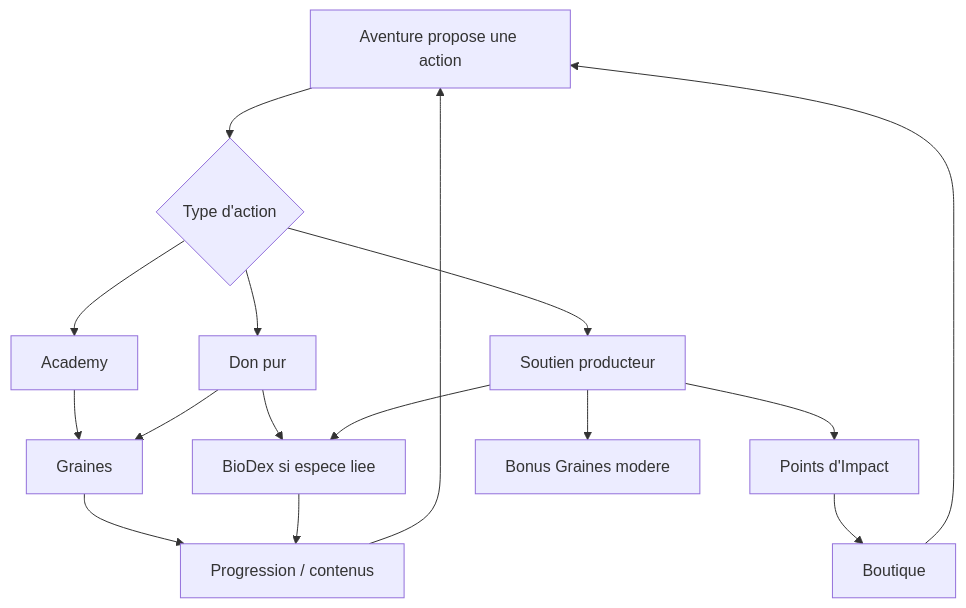
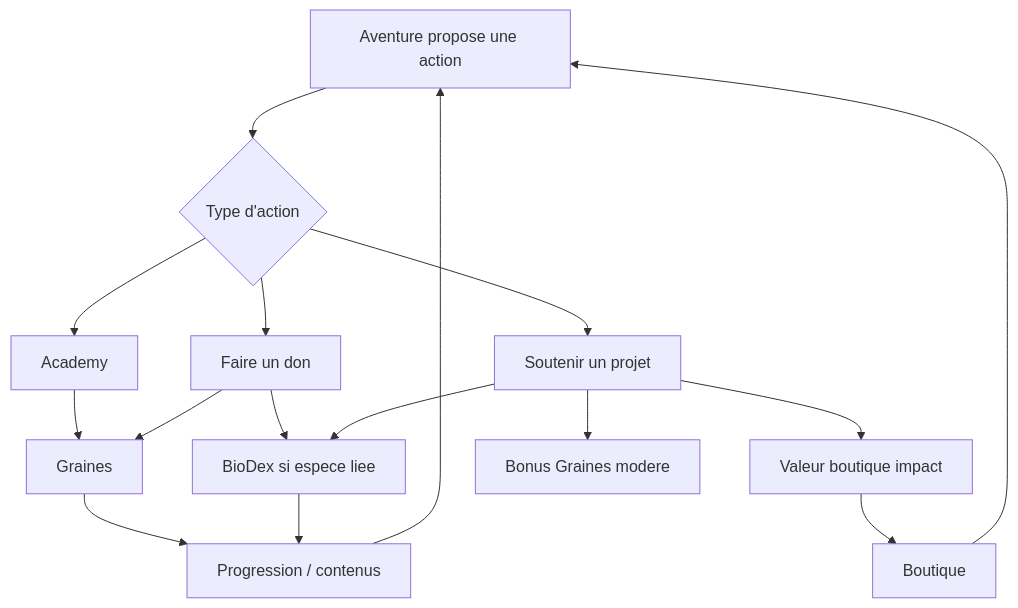
The diagram in apps/web-client/doc/06-GAMIFICATION-ECONOMIE.md (krynskibartosz/make-the-change), drawn with Mermaid before and after one commit. The commit also changed other lines of this file and 8 other files, not shown here.

````diff
--- a/apps/web-client/doc/06-GAMIFICATION-ECONOMIE.md
+++ b/apps/web-client/doc/06-GAMIFICATION-ECONOMIE.md
@@ -214,18 +221,18 @@
 ```mermaid
 flowchart TD
   A["Aventure propose une action"] --> B{"Type d'action"}
   B --> C["Academy"]
-  B --> D["Don pur"]
-  B --> E["Soutien producteur"]
+  B --> D["Faire un don"]
+  B --> E["Soutenir un projet"]
   C --> F["Graines"]
   D --> F
   D --> G["BioDex si espece liee"]
-  E --> H["Points d'Impact"]
+  E --> H["Valeur boutique impact"]
   E --> I["Bonus Graines modere"]
   E --> G
   F --> J["Progression / contenus"]
   H --> K["Boutique"]
   G --> J
   J --> A
   K --> A
 ```
````
